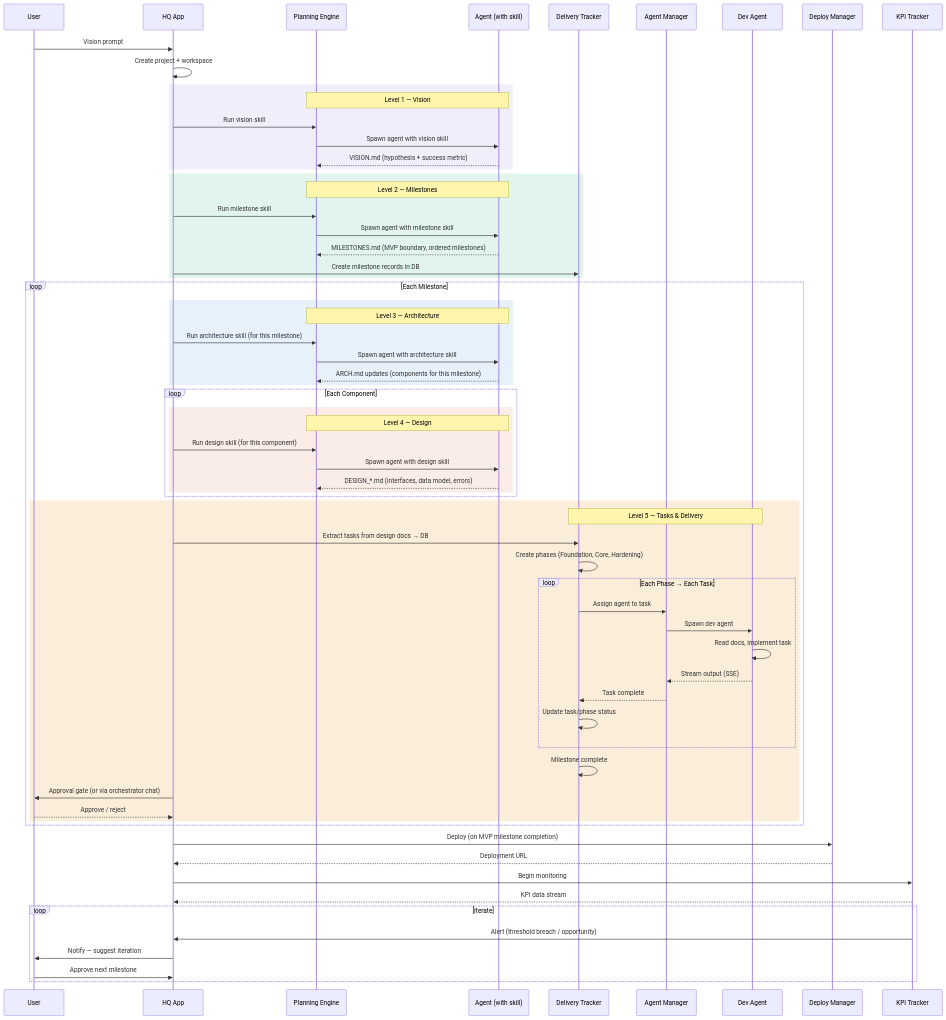
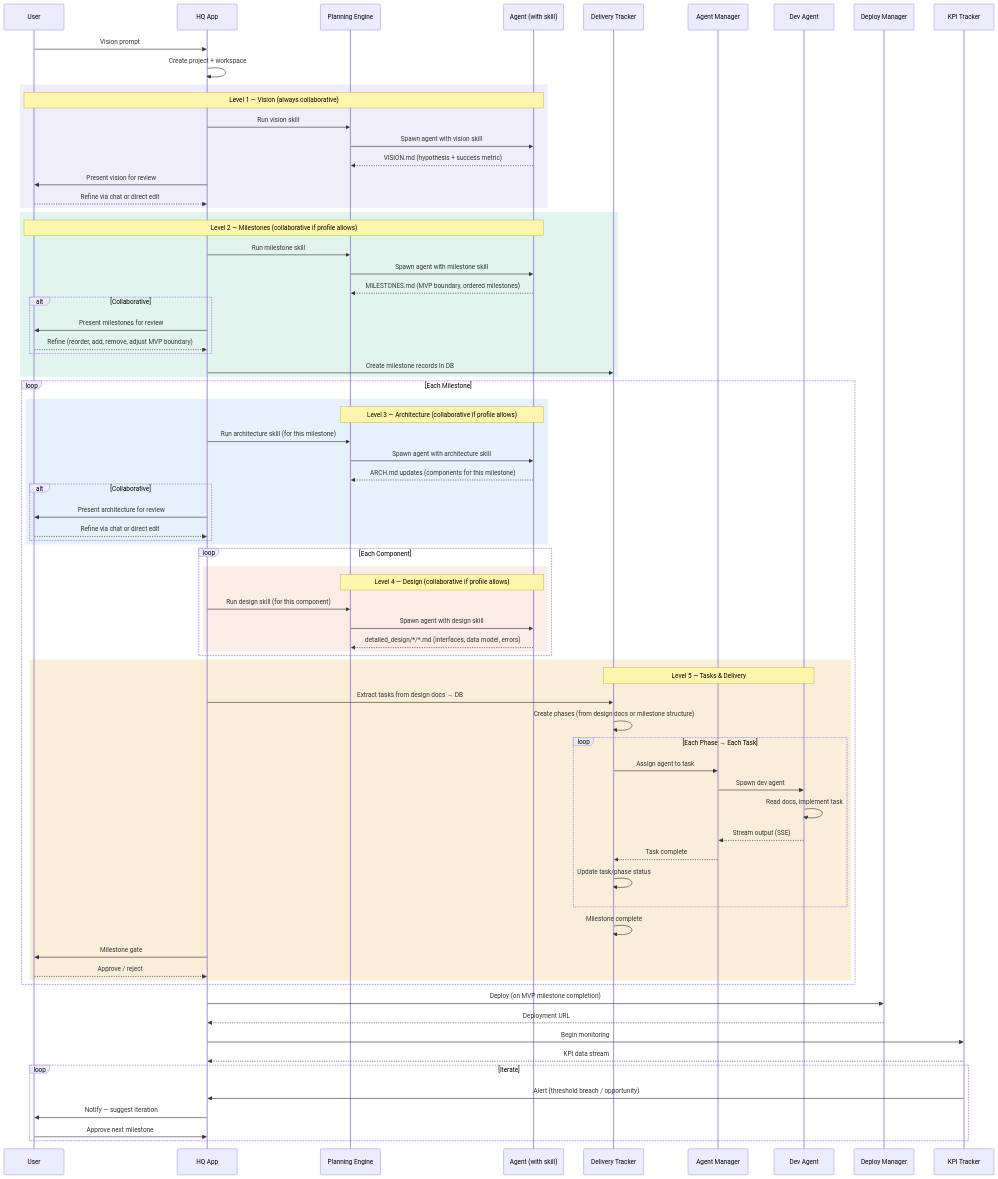
One commit to operator-auteng-ai/hq changed the fourth of 5 diagrams in docs/ARCH.md. Above: the diagram before and after it, drawn with Mermaid. The commit also changed other lines of this file and 4 other files, not shown here.

First line of the commit message:
docs: add delivery schema detailed design, update TAXONOMY, refine methodology docs

```diff
--- a/docs/ARCH.md
+++ b/docs/ARCH.md
@@ -168,41 +194,51 @@
     HQ->>HQ: Create project + workspace
 
     rect rgb(240, 238, 250)
-    Note over PE,A: Level 1 — Vision
+    Note over U,A: Level 1 — Vision (always collaborative)
     HQ->>PE: Run vision skill
     PE->>A: Spawn agent with vision skill
     A-->>PE: VISION.md (hypothesis + success metric)
+    HQ->>U: Present vision for review
+    U-->>HQ: Refine via chat or direct edit
     end
 
     rect rgb(225, 245, 238)
-    Note over PE,A: Level 2 — Milestones
+    Note over U,A: Level 2 — Milestones (collaborative if profile allows)
     HQ->>PE: Run milestone skill
     PE->>A: Spawn agent with milestone skill
     A-->>PE: MILESTONES.md (MVP boundary, ordered milestones)
+    alt Collaborative
+        HQ->>U: Present milestones for review
+        U-->>HQ: Refine (reorder, add, remove, adjust MVP boundary)
+    end
     HQ->>DT: Create milestone records in DB
     end
 
     loop Each Milestone
         rect rgb(230, 241, 251)
-        Note over PE,A: Level 3 — Architecture
+        Note over PE,A: Level 3 — Architecture (collaborative if profile allows)
         HQ->>PE: Run architecture skill (for this milestone)
         PE->>A: Spawn agent with architecture skill
         A-->>PE: ARCH.md updates (components for this milestone)
+        alt Collaborative
+            HQ->>U: Present architecture for review
+            U-->>HQ: Refine via chat or direct edit
+        end
         end
 
         loop Each Component
             rect rgb(250, 236, 231)
-            Note over PE,A: Level 4 — Design
+            Note over PE,A: Level 4 — Design (collaborative if profile allows)
             HQ->>PE: Run design skill (for this component)
             PE->>A: Spawn agent with design skill
-            A-->>PE: DESIGN_*.md (interfaces, data model, errors)
+            A-->>PE: detailed_design/*/*.md (interfaces, data model, errors)
             end
         end
 
         rect rgb(250, 238, 218)
         Note over DT,DA: Level 5 — Tasks & Delivery
         HQ->>DT: Extract tasks from design docs → DB
-        DT->>DT: Create phases (Foundation, Core, Hardening)
+        DT->>DT: Create phases (from design docs or milestone structure)
 
         loop Each Phase → Each Task
             DT->>AM: Assign agent to task
@@ -214,7 +250,7 @@
         end
 
         DT->>DT: Milestone complete
-        HQ->>U: Approval gate (or via orchestrator chat)
+        HQ->>U: Milestone gate
         U-->>HQ: Approve / reject
         end
     end
```
